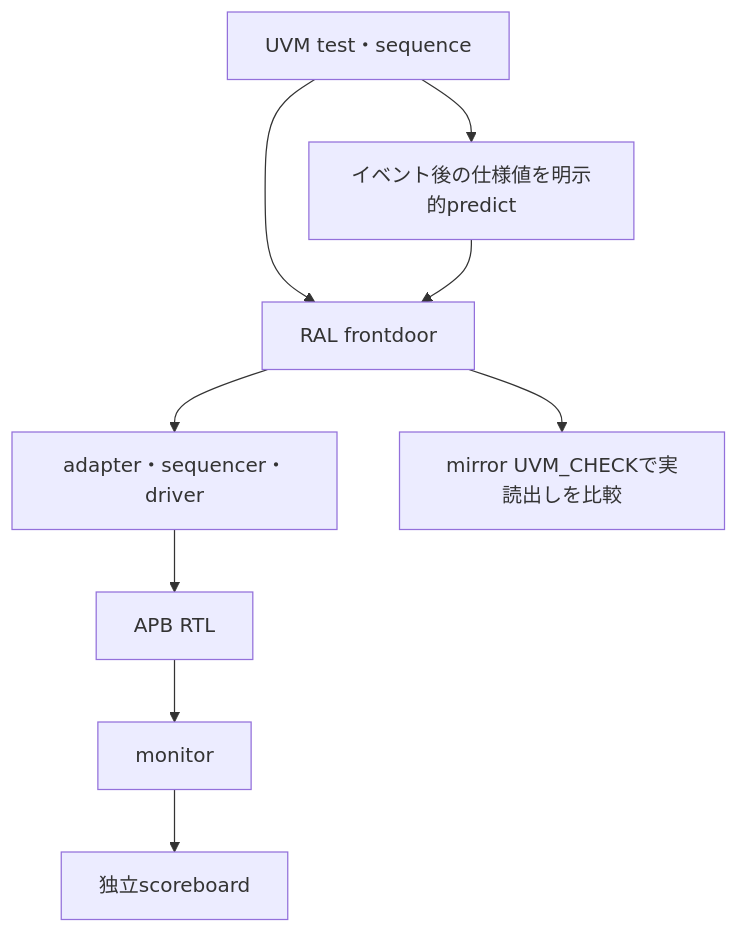
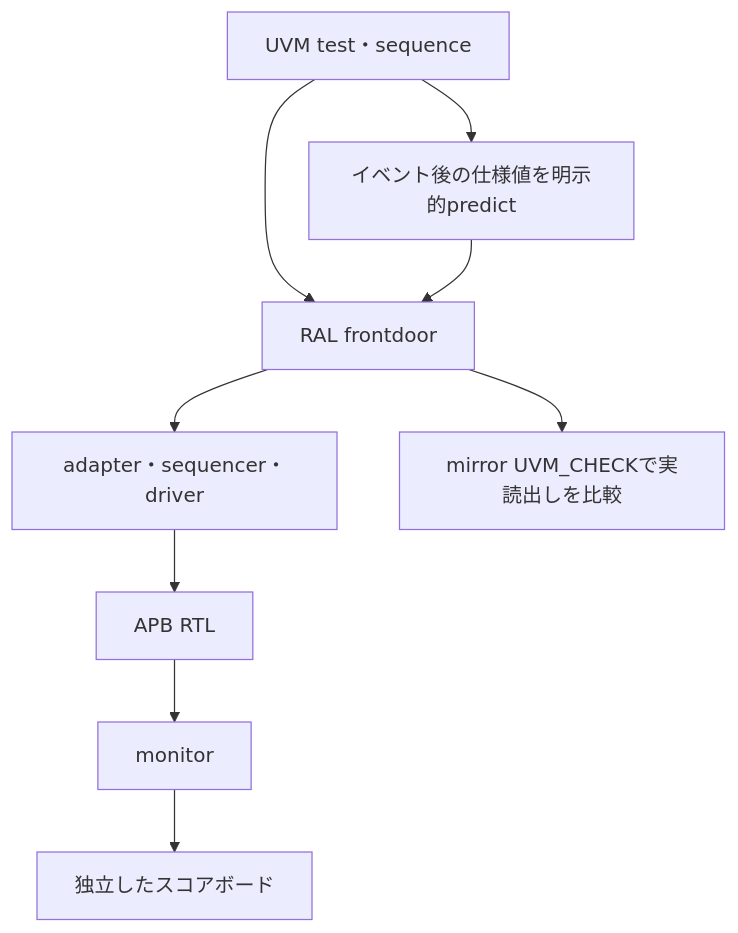
The diagram in examples/local-uvm/README.md (kurochan001/lsi-verification-method), drawn with Mermaid before and after one commit. The commit also changed other lines of this file and 91 other files, not shown here.

````diff
--- a/examples/local-uvm/README.md
+++ b/examples/local-uvm/README.md
@@ -9,9 +9,9 @@
 ```mermaid
 flowchart TD
-  accTitle: RALと独立scoreboardの二重照合
+  accTitle: RALと独立したスコアボードの二重照合
   accDescr: RALのfrontdoorを実APBへ変換し、monitorの観測を仕様から作った期待値と比較します。
   T["UVM test・sequence"] --> R["RAL frontdoor"] --> A["adapter・sequencer・driver"] --> U["APB RTL"]
-  U --> M["monitor"] --> S["独立scoreboard"]
+  U --> M["monitor"] --> S["独立したスコアボード"]
   T --> P["イベント後の仕様値を明示的predict"] --> R
   R --> C["mirror UVM_CHECKで実読出しを比較"]
 ```
````
